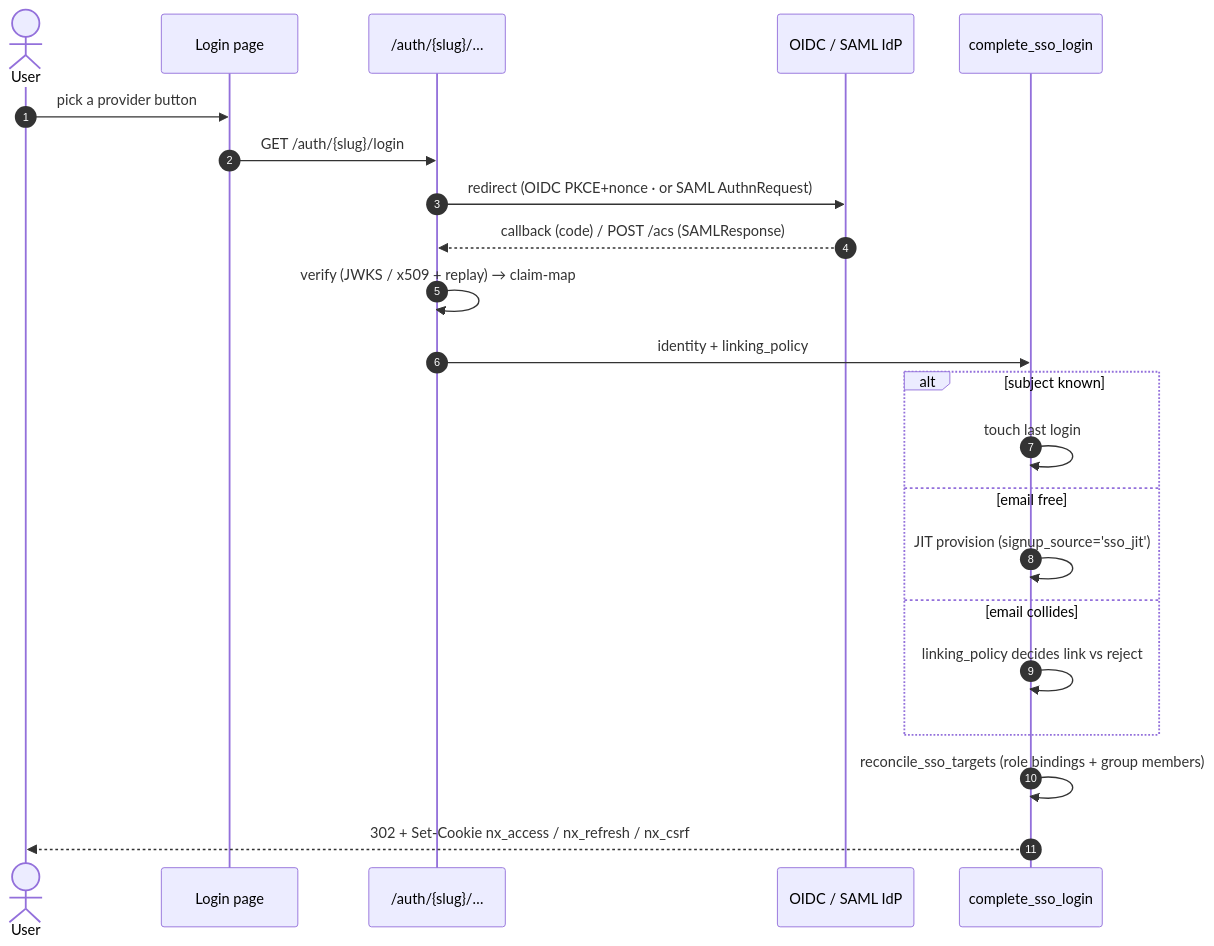
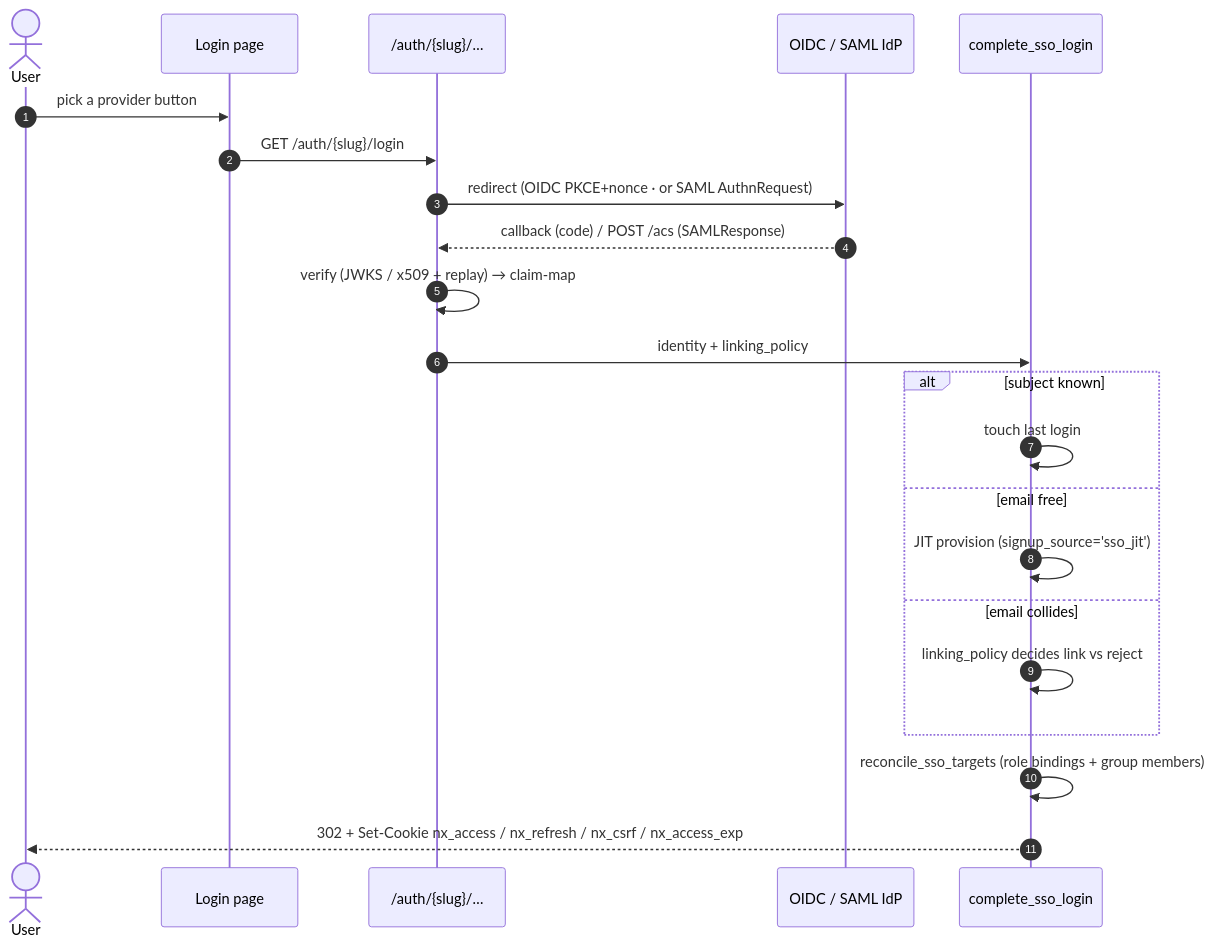
Before and after one commit to rkrumins/dataviz: the diagram in docs/SSO.md, drawn with Mermaid. The commit also changed other lines of this file and 12 other files, not shown here.

First line of the commit message:
Recover from a failed chunk and a lost CSRF cookie

````diff
--- a/docs/SSO.md
+++ b/docs/SSO.md
@@ -44,24 +44,24 @@
 ```mermaid
 sequenceDiagram
     autonumber
     actor U as User
     participant FE as Login page
     participant A as /auth/{slug}/…
     participant IdP as OIDC / SAML IdP
     participant Svc as complete_sso_login
     U->>FE: pick a provider button
     FE->>A: GET /auth/{slug}/login
     A->>IdP: redirect (OIDC PKCE+nonce · or SAML AuthnRequest)
     IdP-->>A: callback (code) / POST /acs (SAMLResponse)
     A->>A: verify (JWKS / x509 + replay) → claim-map
     A->>Svc: identity + linking_policy
     alt subject known
         Svc->>Svc: touch last login
     else email free
         Svc->>Svc: JIT provision (signup_source='sso_jit')
     else email collides
         Svc->>Svc: linking_policy decides link vs reject
     end
     Svc->>Svc: reconcile_sso_targets (role bindings + group members)
-    Svc-->>U: 302 + Set-Cookie nx_access / nx_refresh / nx_csrf
+    Svc-->>U: 302 + Set-Cookie nx_access / nx_refresh / nx_csrf / nx_access_exp
 ```
````
